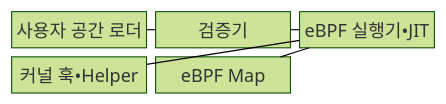
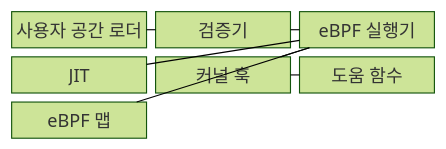
One commit to agnusdei1207/knowledge-base changed the first of 2 diagrams in src/content/docs/notes/08-latest-tech/165_ebpf.md. Above: the diagram before and after it, drawn with Mermaid (forest theme). The commit also changed other lines of this file and 20 other files, not shown here.

````diff
--- a/src/content/docs/notes/08-latest-tech/165_ebpf.md
+++ b/src/content/docs/notes/08-latest-tech/165_ebpf.md
@@ -71,13 +75,17 @@
 ```mermaid
 block-beta
   columns 3
   loader["사용자 공간 로더"]
   verifier["검증기"]
-  runtime["eBPF 실행기•JIT"]
-  hook["커널 훅•Helper"]
-  map["eBPF Map"]
+  runtime["eBPF 실행기"]
+  jit["JIT"]
+  hook["커널 훅"]
+  helper["도움 함수"]
+  map["eBPF 맵"]
   loader --- verifier
   verifier --- runtime
+  runtime --- jit
   runtime --- hook
+  hook --- helper
   runtime --- map
 ```
````
